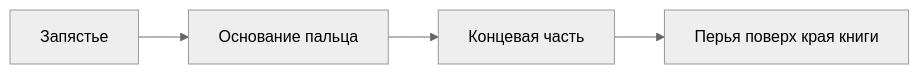
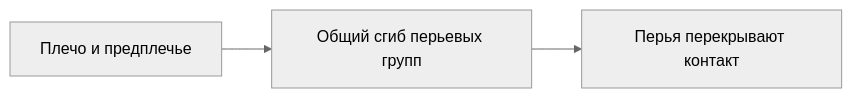
The diagram in characters/uki/model/finger-phalanges-analysis.md (DAIRN-Universe/uki-animation), drawn with Mermaid (neutral theme) before and after one commit. The commit also changed other lines of this file and 12 other files, not shown here.

````diff
--- a/characters/uki/model/finger-phalanges-analysis.md
+++ b/characters/uki/model/finger-phalanges-analysis.md
@@ -13,6 +11,5 @@
 ```mermaid
 flowchart LR
-    W[Запястье] --> A[Основание пальца]
-    A --> B[Концевая часть]
-    B --> C[Перья поверх края книги]
+    A[Плечо и предплечье] --> B[Общий сгиб перьевых групп]
+    B --> C[Перья перекрывают контакт]
 ```
````
